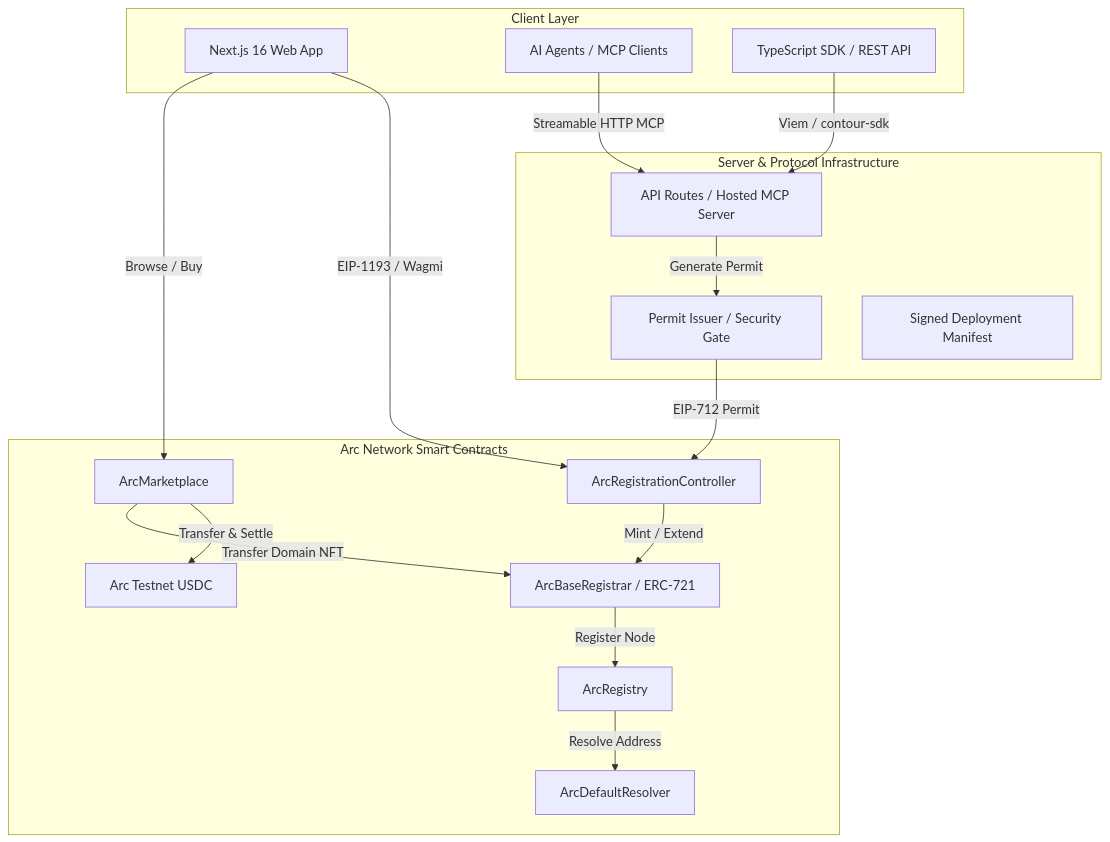
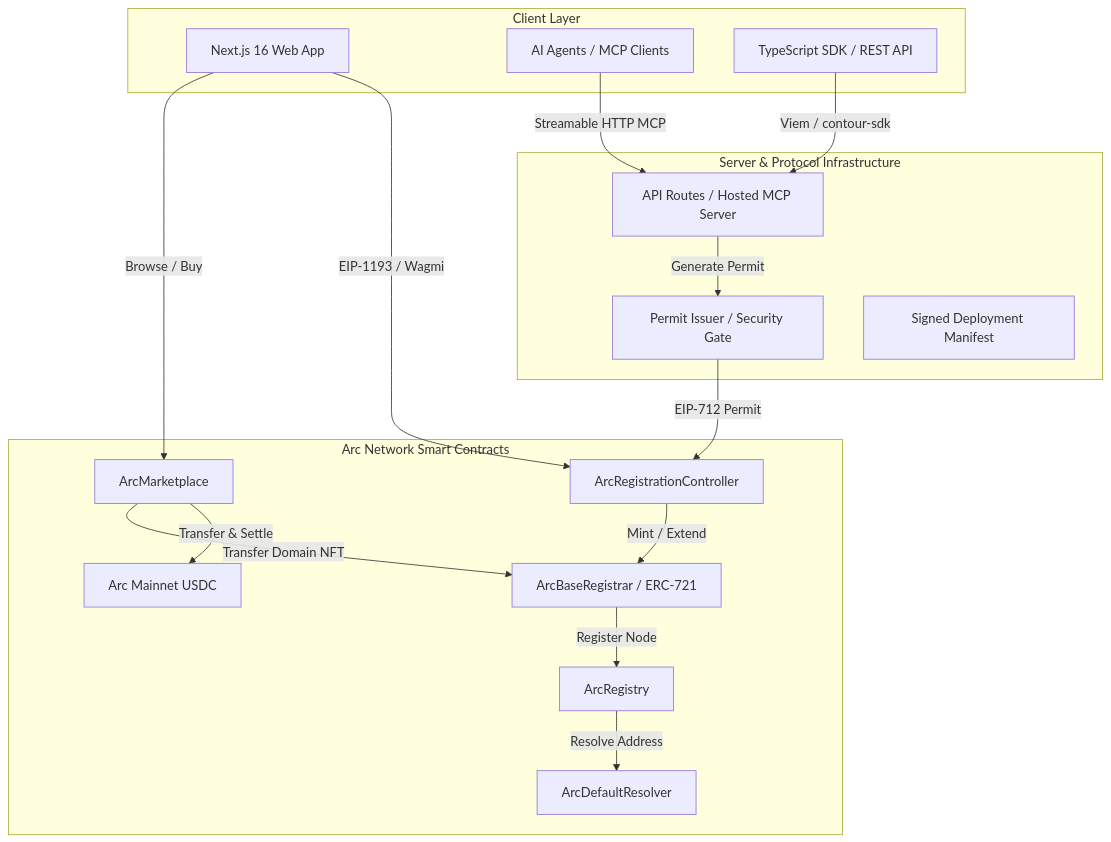
One commit to yusufky63/arc-name-services changed the diagram in README.md. Above: the diagram before and after it, drawn with Mermaid. The commit also changed other lines of this file and 137 other files, not shown here.

Commit message:
feat(protocol): migrate to Arc Mainnet (5042) and pass verification suite

````diff
--- a/README.md
+++ b/README.md
@@ -60,35 +60,35 @@
 ```mermaid
 flowchart TD
     subgraph Client Layer
         Web[Next.js 16 Web App]
         Agents[AI Agents / MCP Clients]
         Devs[TypeScript SDK / REST API]
     end
 
     subgraph Server & Protocol Infrastructure
         API[API Routes / Hosted MCP Server]
         Signer[Permit Issuer / Security Gate]
         Manifest[Signed Deployment Manifest]
     end
 
     subgraph Arc Network Smart Contracts
         Registry[ArcRegistry]
         Registrar[ArcBaseRegistrar / ERC-721]
         Controller[ArcRegistrationController]
         Resolver[ArcDefaultResolver]
         Marketplace[ArcMarketplace]
-        USDC[Arc Testnet USDC]
+        USDC[Arc Mainnet USDC]
     end
 
     Web -->|EIP-1193 / Wagmi| Controller
     Web -->|Browse / Buy| Marketplace
     Agents -->|Streamable HTTP MCP| API
     Devs -->|Viem / contour-sdk| API
     API -->|Generate Permit| Signer
     Signer -->|EIP-712 Permit| Controller
     Controller -->|Mint / Extend| Registrar
     Registrar -->|Register Node| Registry
     Registry -->|Resolve Address| Resolver
     Marketplace -->|Transfer & Settle| USDC
     Marketplace -->|Transfer Domain NFT| Registrar
 ```
````
